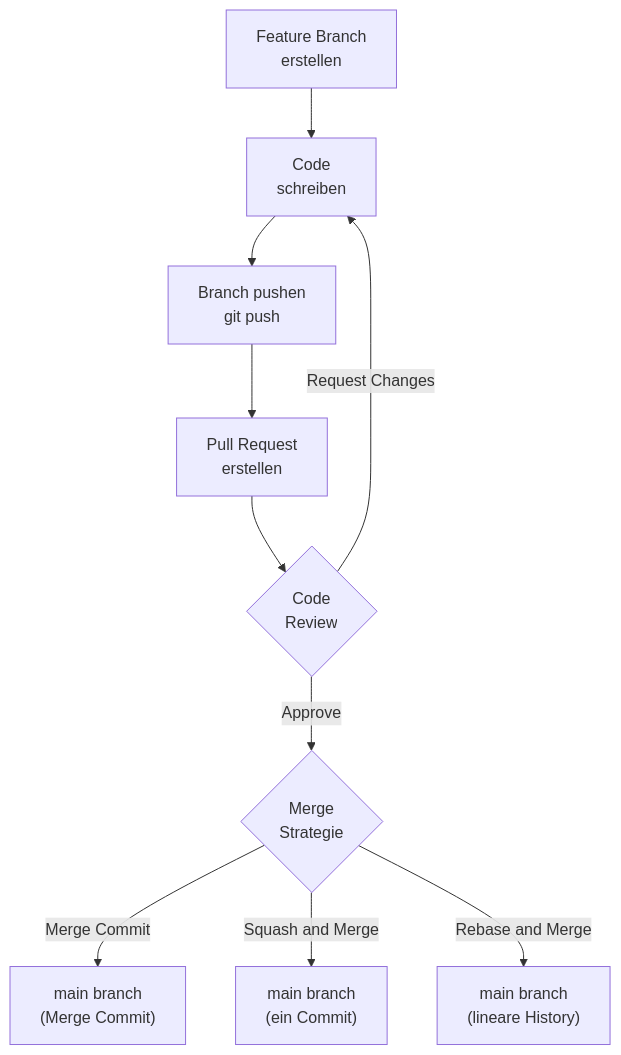
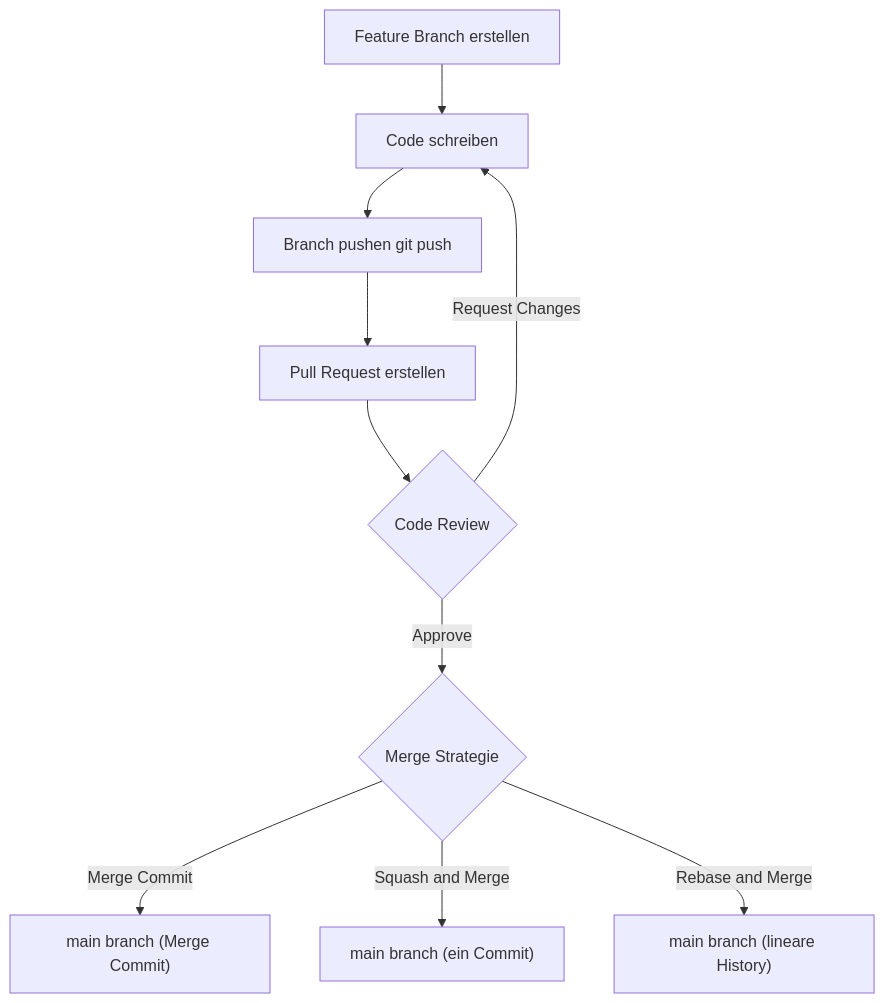
Before and after one commit to SoniiiT/notes-n-docs: the third of 4 diagrams in Microsoft 365/GitHub/GitHub Grundlagen.md, drawn with Mermaid. The commit also changed other lines of this file and 124 other files, not shown here.

First line of the commit message:
fix: Entferne \n aus allen Mermaid-Diagrammen (125 Dateien)

````diff
--- a/Microsoft 365/GitHub/GitHub Grundlagen.md
+++ b/Microsoft 365/GitHub/GitHub Grundlagen.md
@@ -199,12 +199,12 @@
 ```mermaid
 flowchart TD
-    Branch["Feature Branch\nerstellen"] --> Code["Code\nschreiben"]
-    Code --> Push["Branch pushen\ngit push"]
-    Push --> CreatePR["Pull Request\nerstellen"]
-    CreatePR --> Review{"Code\nReview"}
+    Branch["Feature Branch erstellen"] --> Code["Code schreiben"]
+    Code --> Push["Branch pushen git push"]
+    Push --> CreatePR["Pull Request erstellen"]
+    CreatePR --> Review{"Code Review"}
     Review -->|"Request Changes"| Code
-    Review -->|"Approve"| MergeStrategy{"Merge\nStrategie"}
-    MergeStrategy -->|"Merge Commit"| Main1["main branch\n(Merge Commit)"]
-    MergeStrategy -->|"Squash and Merge"| Main2["main branch\n(ein Commit)"]
-    MergeStrategy -->|"Rebase and Merge"| Main3["main branch\n(lineare History)"]
+    Review -->|"Approve"| MergeStrategy{"Merge Strategie"}
+    MergeStrategy -->|"Merge Commit"| Main1["main branch (Merge Commit)"]
+    MergeStrategy -->|"Squash and Merge"| Main2["main branch (ein Commit)"]
+    MergeStrategy -->|"Rebase and Merge"| Main3["main branch (lineare History)"]
 ```
````
